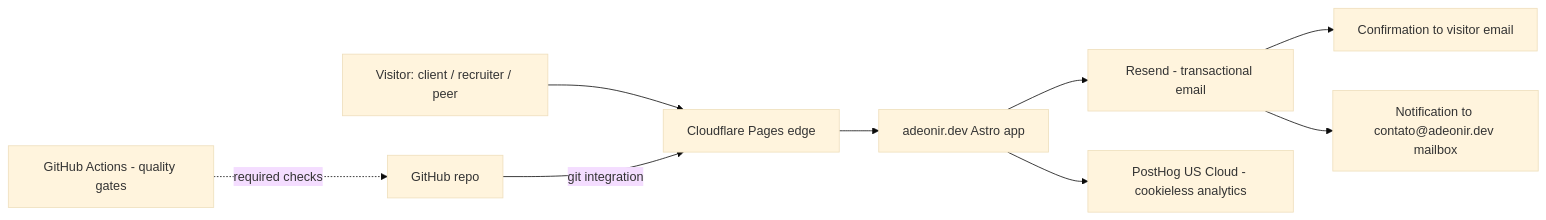
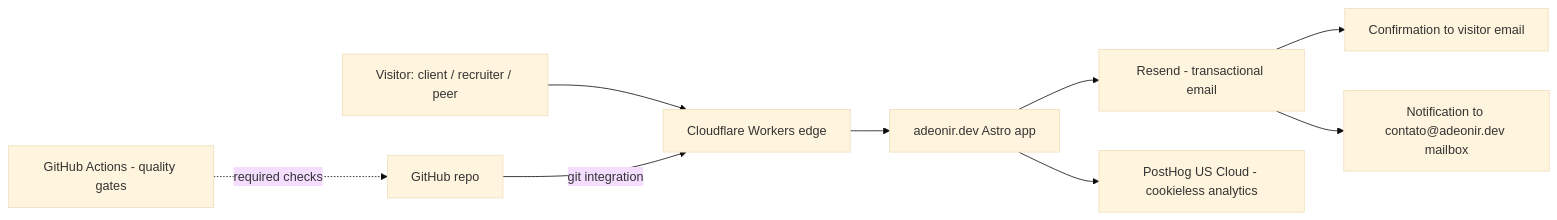
The second of 3 diagrams in docs/tech/design-doc.md (adeonir/adeonir.dev), drawn with Mermaid (base theme) before and after one commit. The commit also changed other lines of this file and 1 other file, not shown here.

First line of the commit message:
docs: align contact flow with workers and drop no-js form premise

````diff
--- a/docs/tech/design-doc.md
+++ b/docs/tech/design-doc.md
@@ -103,11 +103,11 @@
 ```mermaid
 flowchart LR
-  Visitor[Visitor: client / recruiter / peer] --> CF[Cloudflare Pages edge]
+  Visitor[Visitor: client / recruiter / peer] --> CF[Cloudflare Workers edge]
   CF --> App[adeonir.dev Astro app]
   App --> Resend[Resend - transactional email]
   Resend --> Submitter[Confirmation to visitor email]
   Resend --> Inbox[Notification to contato@adeonir.dev mailbox]
   App --> PostHog[PostHog US Cloud - cookieless analytics]
   Repo[GitHub repo] -- git integration --> CF
   GH[GitHub Actions - quality gates] -. required checks .-> Repo
 ```
````
